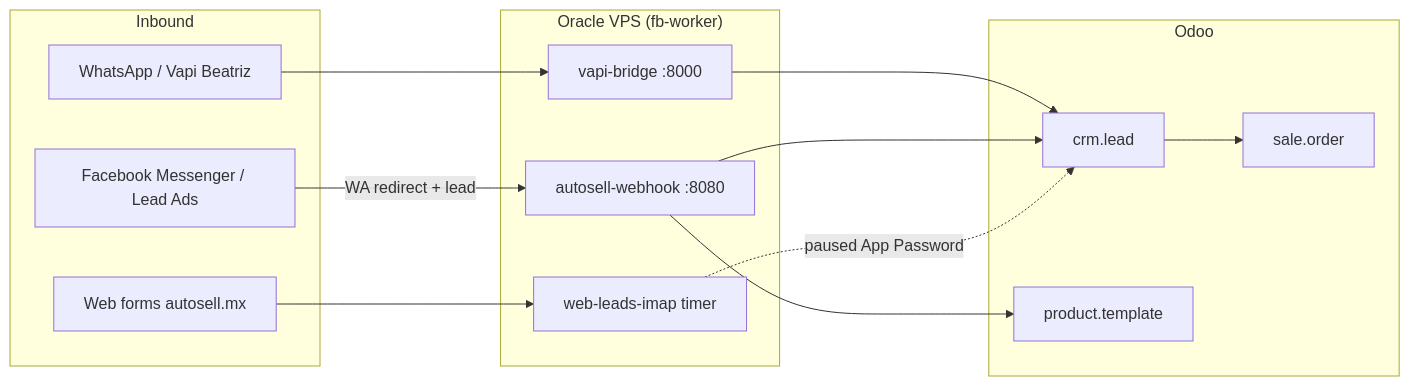
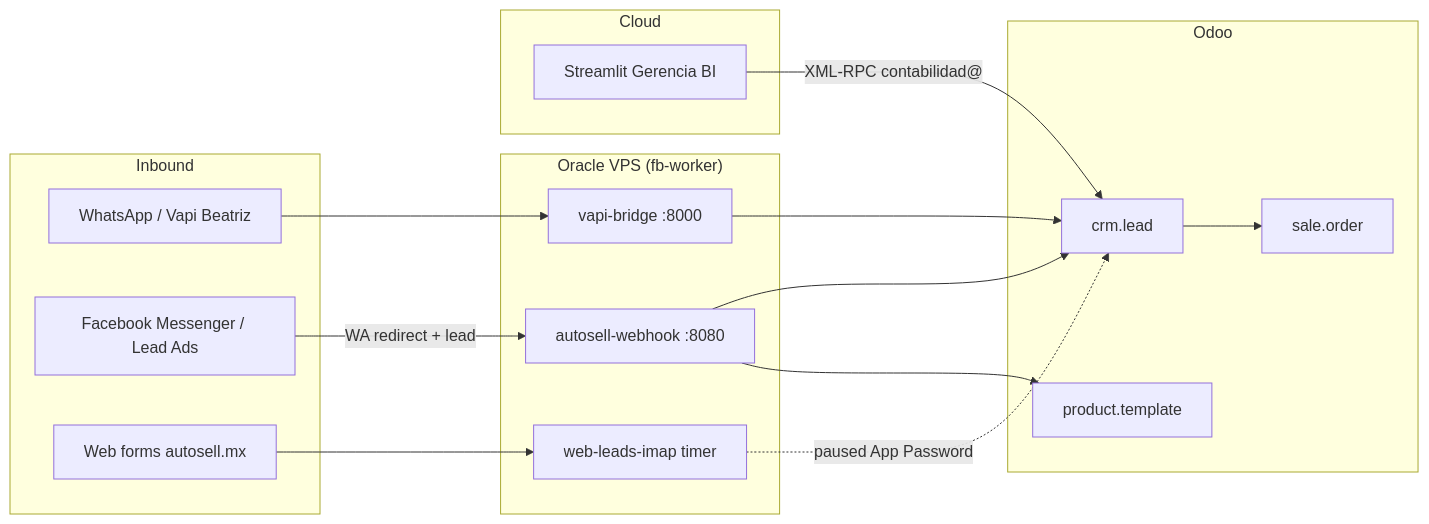
Before and after one commit to mg22mex/auto-upload: the diagram in docs/SYSTEM_DOCUMENTATION.md, drawn with Mermaid. The commit also changed other lines of this file and 5 other files, not shown here.

````diff
--- a/docs/SYSTEM_DOCUMENTATION.md
+++ b/docs/SYSTEM_DOCUMENTATION.md
@@ -9,23 +11,27 @@
 ```mermaid
 flowchart LR
   subgraph Inbound
     WA[WhatsApp / Vapi Beatriz]
     FB[Facebook Messenger / Lead Ads]
     WEB[Web forms autosell.mx]
   end
   subgraph Oracle["Oracle VPS (fb-worker)"]
     WH[autosell-webhook :8080]
     VB[vapi-bridge :8000]
     IMAP[web-leads-imap timer]
   end
+  subgraph Cloud
+    ST[Streamlit Gerencia BI]
+  end
   subgraph Odoo
     CRM[crm.lead]
     INV[product.template]
     SO[sale.order]
   end
   WA --> VB --> CRM
   FB -->|WA redirect + lead| WH --> CRM
   WEB --> IMAP -.->|paused App Password| CRM
   WH --> INV
   CRM --> SO
+  ST -->|XML-RPC contabilidad@| CRM
 ```
````
